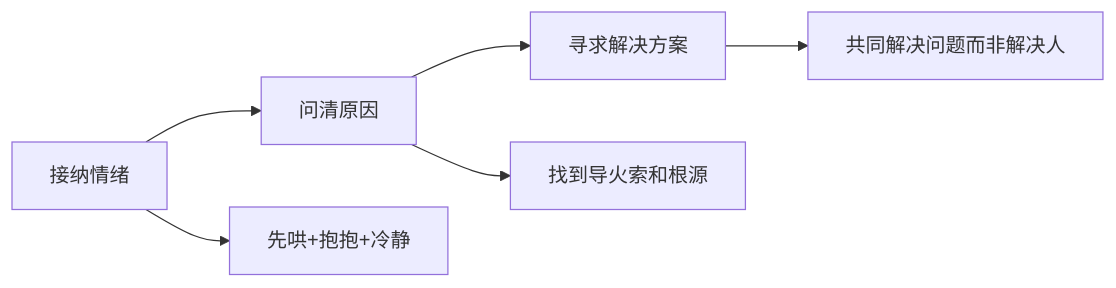
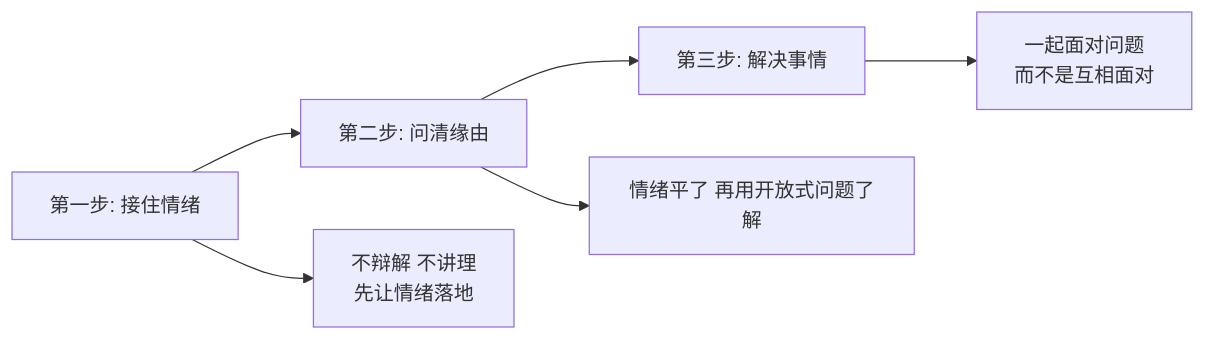
Before and after one commit to chongyang211/YCBookBlog: the sixth of 14 diagrams in packages/website/13.书籍/06.自我精进·立言/02.沟通实战/02.沟通能力的演进.md, drawn with Mermaid. The commit also changed other lines of this file, not shown here.

````diff
--- a/packages/website/13.书籍/06.自我精进·立言/02.沟通实战/02.沟通能力的演进.md
+++ b/packages/website/13.书籍/06.自我精进·立言/02.沟通实战/02.沟通能力的演进.md
@@ -183,8 +190,8 @@
 ```mermaid
 flowchart LR
-    A[接纳情绪] --> B[问清原因]
-    B --> C[寻求解决方案]
-    A --> A1[先哄+抱抱+冷静]
-    B --> B1[找到导火索和根源]
-    C --> C1[共同解决问题而非解决人]
+    A[第一步: 接住情绪] --> B[第二步: 问清缘由]
+    B --> C[第三步: 解决事情]
+    A --> A1[不辩解 不讲理<br/>先让情绪落地]
+    B --> B1[情绪平了 再用开放式问题了解]
+    C --> C1[一起面对问题<br/>而不是互相面对]
 ```
````
